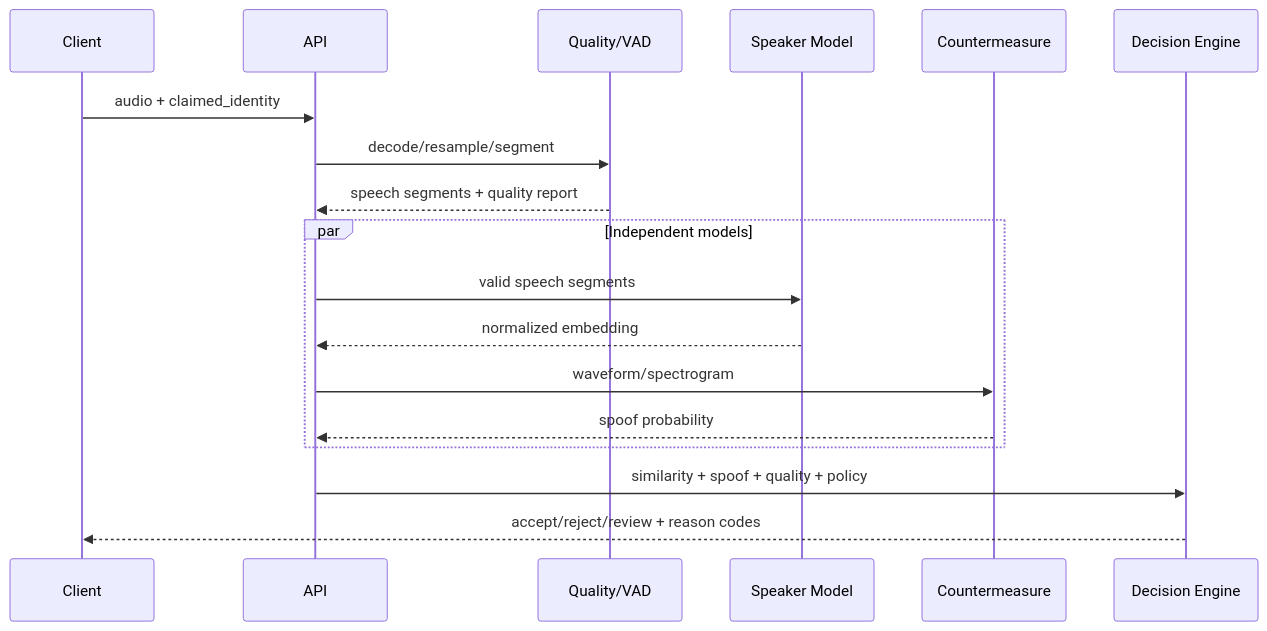
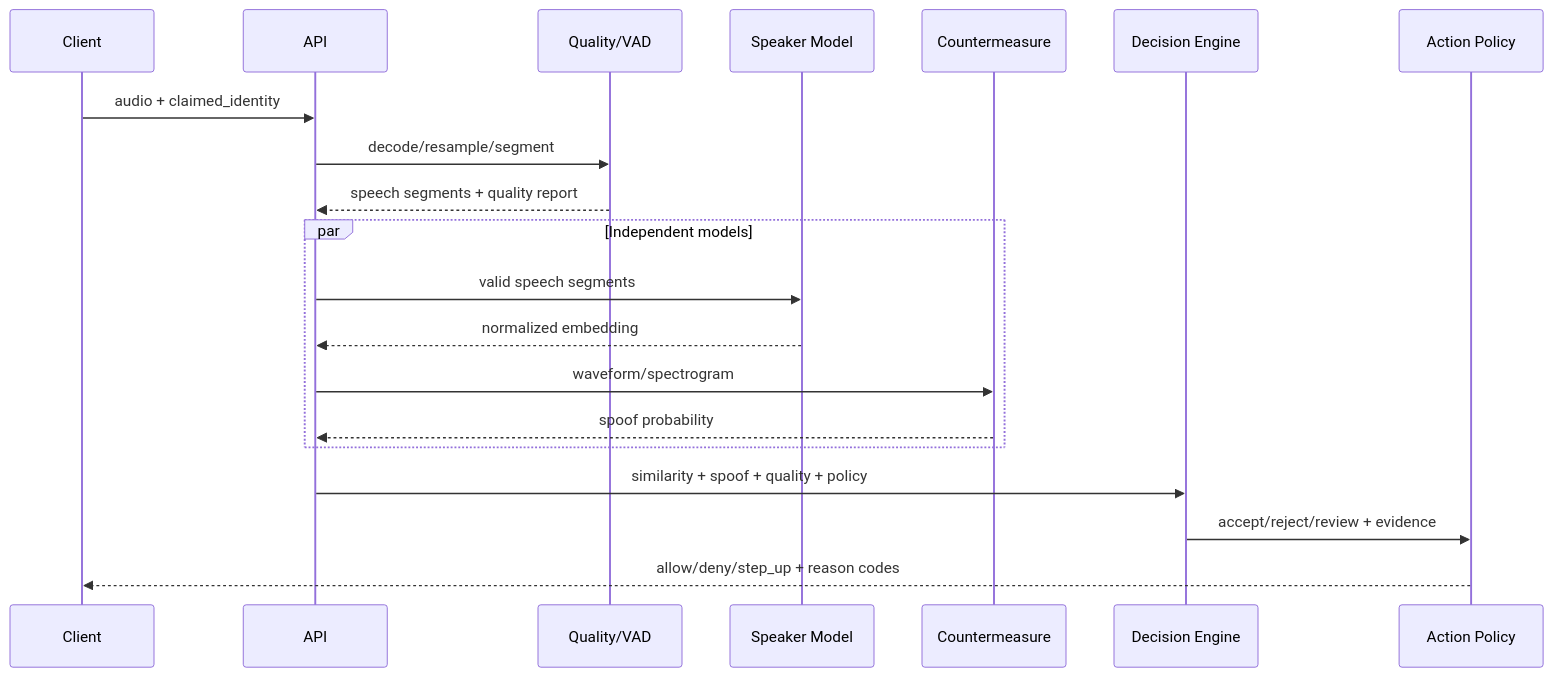
Before and after one commit to ddddaaa1/VoiceID: the diagram in docs/architecture.md, drawn with Mermaid. The commit also changed other lines of this file and 16 other files, not shown here.

````diff
--- a/docs/architecture.md
+++ b/docs/architecture.md
@@ -15,21 +18,23 @@
 ```mermaid
 sequenceDiagram
     participant C as Client
     participant API as API
     participant Q as Quality/VAD
     participant SV as Speaker Model
     participant CM as Countermeasure
     participant DE as Decision Engine
+    participant AP as Action Policy
 
     C->>API: audio + claimed_identity
     API->>Q: decode/resample/segment
     Q-->>API: speech segments + quality report
     par Independent models
         API->>SV: valid speech segments
         SV-->>API: normalized embedding
         API->>CM: waveform/spectrogram
         CM-->>API: spoof probability
     end
     API->>DE: similarity + spoof + quality + policy
-    DE-->>C: accept/reject/review + reason codes
+    DE->>AP: accept/reject/review + evidence
+    AP-->>C: allow/deny/step_up + reason codes
 ```
````
